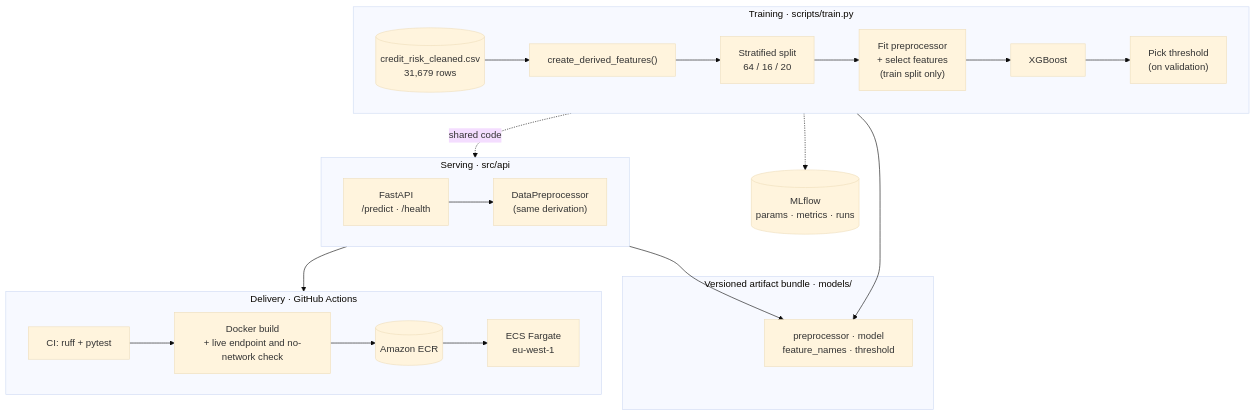
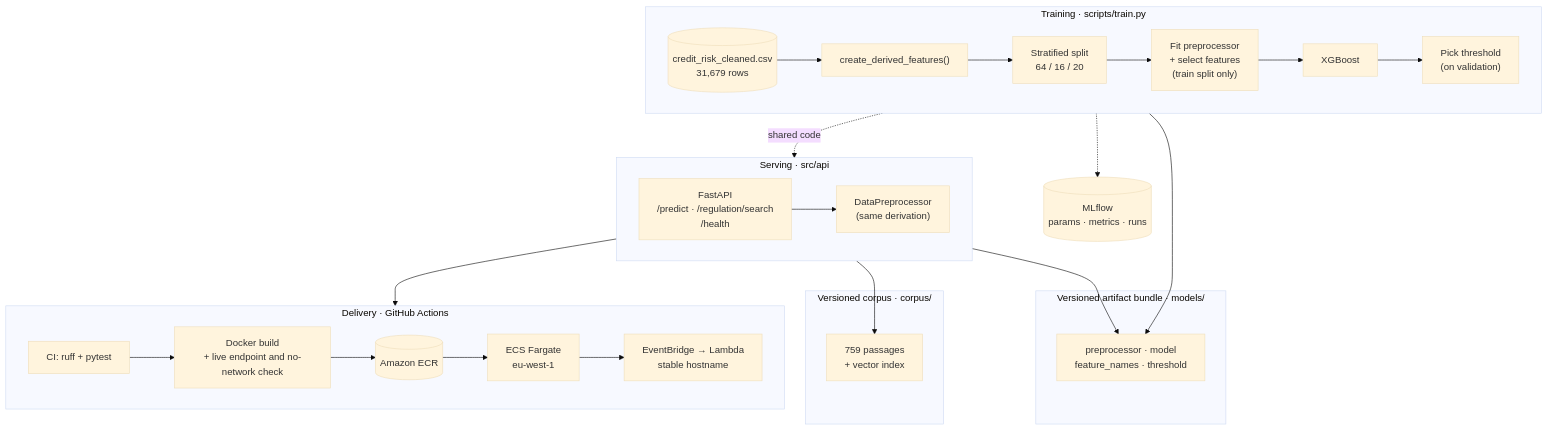
Before and after one commit to AntonioAlbaladejo/credit-risk-engine: the diagram in README.md, drawn with Mermaid (base theme). The commit also changed other lines of this file, not shown here.

````diff
--- a/README.md
+++ b/README.md
@@ -126,40 +137,47 @@
 ```mermaid
 flowchart TB
     subgraph training["Training  ·  scripts/train.py"]
         direction LR
         raw[("credit_risk_cleaned.csv<br/>31,679 rows")]
         derive["create_derived_features()"]
         split["Stratified split<br/>64 / 16 / 20"]
         fit["Fit preprocessor<br/>+ select features<br/>(train split only)"]
         train["XGBoost"]
         thr["Pick threshold<br/>(on validation)"]
         raw --> derive --> split --> fit --> train --> thr
     end
 
     subgraph bundle["Versioned artifact bundle  ·  models/"]
         art["preprocessor · model<br/>feature_names · threshold"]
     end
 
+    subgraph corpusdir["Versioned corpus  ·  corpus/"]
+        idx["759 passages<br/>+ vector index"]
+    end
+
     subgraph serving["Serving  ·  src/api"]
         direction LR
-        api["FastAPI<br/>/predict · /health"]
+        api["FastAPI<br/>/predict · /regulation/search<br/>/health"]
         pre["DataPreprocessor<br/>(same derivation)"]
         api --> pre --> art
     end
+
+    api --> idx
 
     subgraph deploy["Delivery  ·  GitHub Actions"]
         direction LR
         ci["CI: ruff + pytest"]
         img["Docker build<br/>+ live endpoint and no-network check"]
         ecr[("Amazon ECR")]
         ecs["ECS Fargate<br/>eu-west-1"]
-        ci --> img --> ecr --> ecs
+        dns["EventBridge → Lambda<br/>stable hostname"]
+        ci --> img --> ecr --> ecs --> dns
     end
 
     thr --> art
     derive -.->|shared code| pre
     serving --> img
 
     mlflow[("MLflow<br/>params · metrics · runs")]
     training -.-> mlflow
 ```
````
